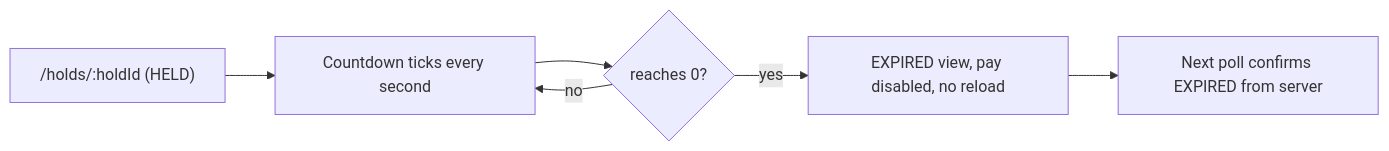
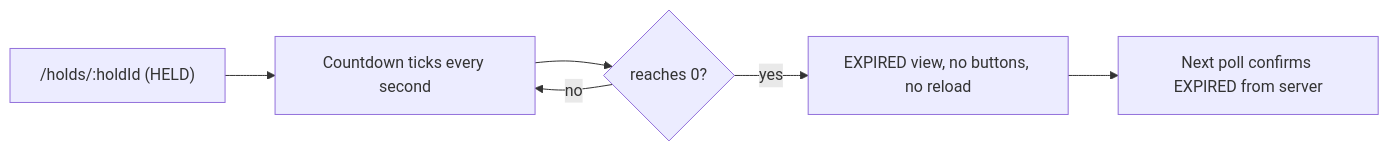
One commit to maruf-rahman007/school-admission changed the fourth of 4 diagrams in docs/UI_DESIGN.md. Above: the diagram before and after it, drawn with Mermaid. The commit also changed other lines of this file and 32 other files, not shown here.

````diff
--- a/docs/UI_DESIGN.md
+++ b/docs/UI_DESIGN.md
@@ -271,8 +285,8 @@
 ```mermaid
 flowchart LR
   A["/holds/:holdId (HELD)"] --> B[Countdown ticks every second]
   B --> C{reaches 0?}
   C -- no --> B
-  C -- yes --> D[EXPIRED view, pay disabled, no reload]
+  C -- yes --> D[EXPIRED view, no buttons, no reload]
   D --> E[Next poll confirms EXPIRED from server]
 ```
````
